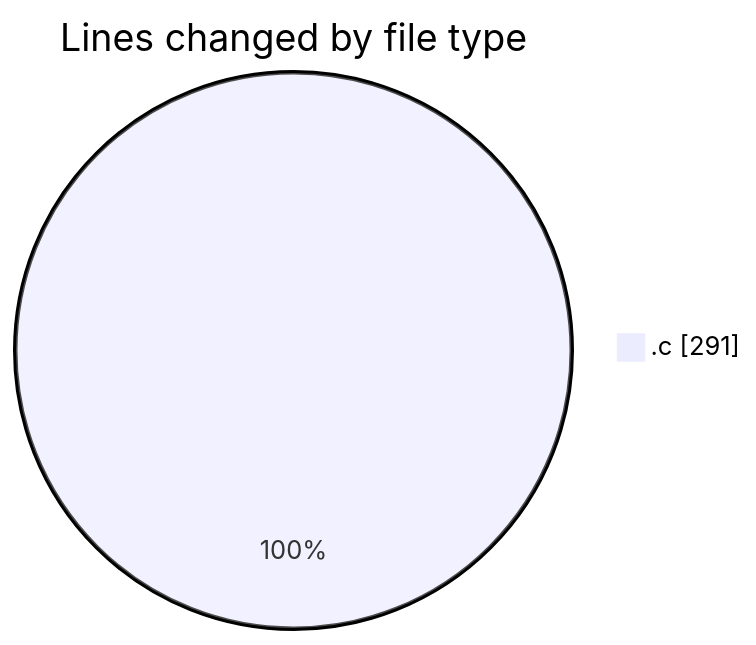
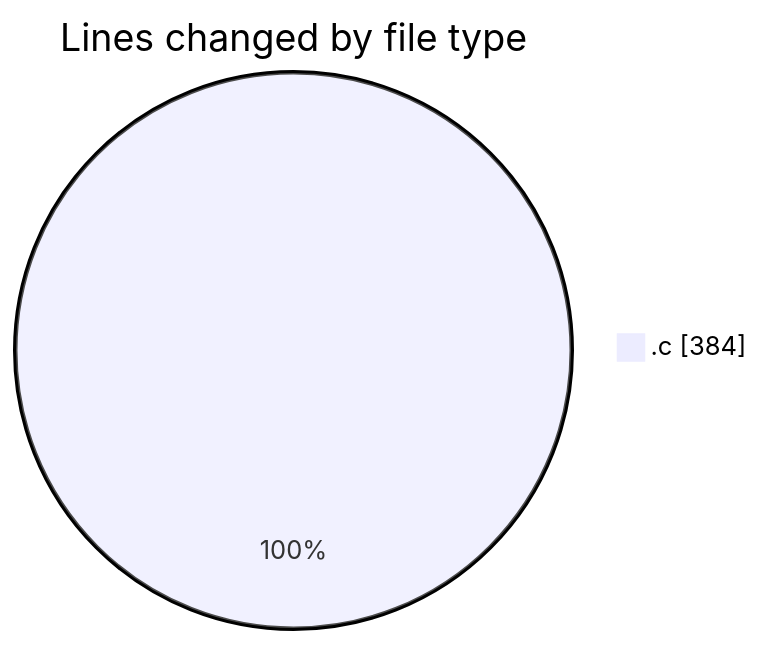
Before and after one commit to Unknowalive/code-tracking: the first of 2 diagrams in 2026-03-17/week6/README.md, drawn with Mermaid. The commit also changed other lines of this file and 1 other file, not shown here.

````diff
--- a/2026-03-17/week6/README.md
+++ b/2026-03-17/week6/README.md
@@ -21,5 +21,5 @@
 ```mermaid
 pie showData
 title Lines changed by file type
-".c" : 291
+".c" : 384
 ```
````
